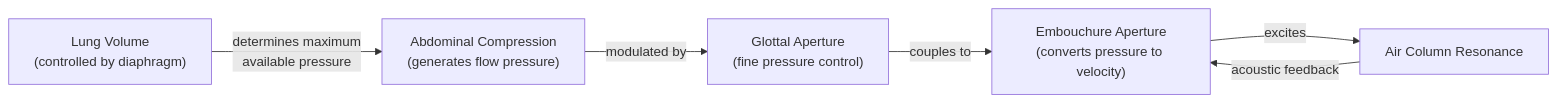
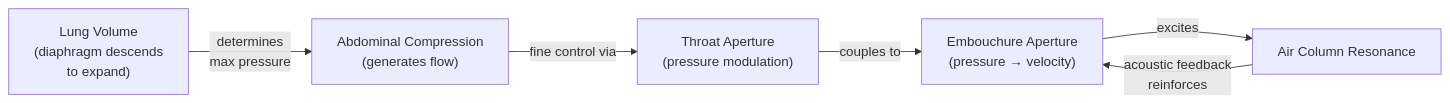
Before and after one commit to blebleblee/synapse: the first of 3 diagrams in topics/arts/music_performance/brass/lesson_01_brass_techniques.md, drawn with Mermaid. The commit also changed other lines of this file and 4 other files, not shown here.

````diff
--- a/topics/arts/music_performance/brass/lesson_01_brass_techniques.md
+++ b/topics/arts/music_performance/brass/lesson_01_brass_techniques.md
@@ -59,8 +47,8 @@
 ```mermaid
 graph LR
-    A["Lung Volume<br/>(controlled by diaphragm)"] -->|"determines maximum<br/>available pressure"| B["Abdominal Compression<br/>(generates flow pressure)"]
-    B -->|"modulated by"| C["Glottal Aperture<br/>(fine pressure control)"]
-    C -->|"couples to"| D["Embouchure Aperture<br/>(converts pressure to velocity)"]
+    A["Lung Volume<br/>(diaphragm descends<br/>to expand)"] -->|"determines<br/>max pressure"| B["Abdominal Compression<br/>(generates flow)"]
+    B -->|"fine control via"| C["Throat Aperture<br/>(pressure modulation)"]
+    C -->|"couples to"| D["Embouchure Aperture<br/>(pressure → velocity)"]
     D -->|"excites"| E["Air Column Resonance"]
-    E -->|"acoustic feedback"| D
+    E -->|"acoustic feedback<br/>reinforces"| D
 ```
````
